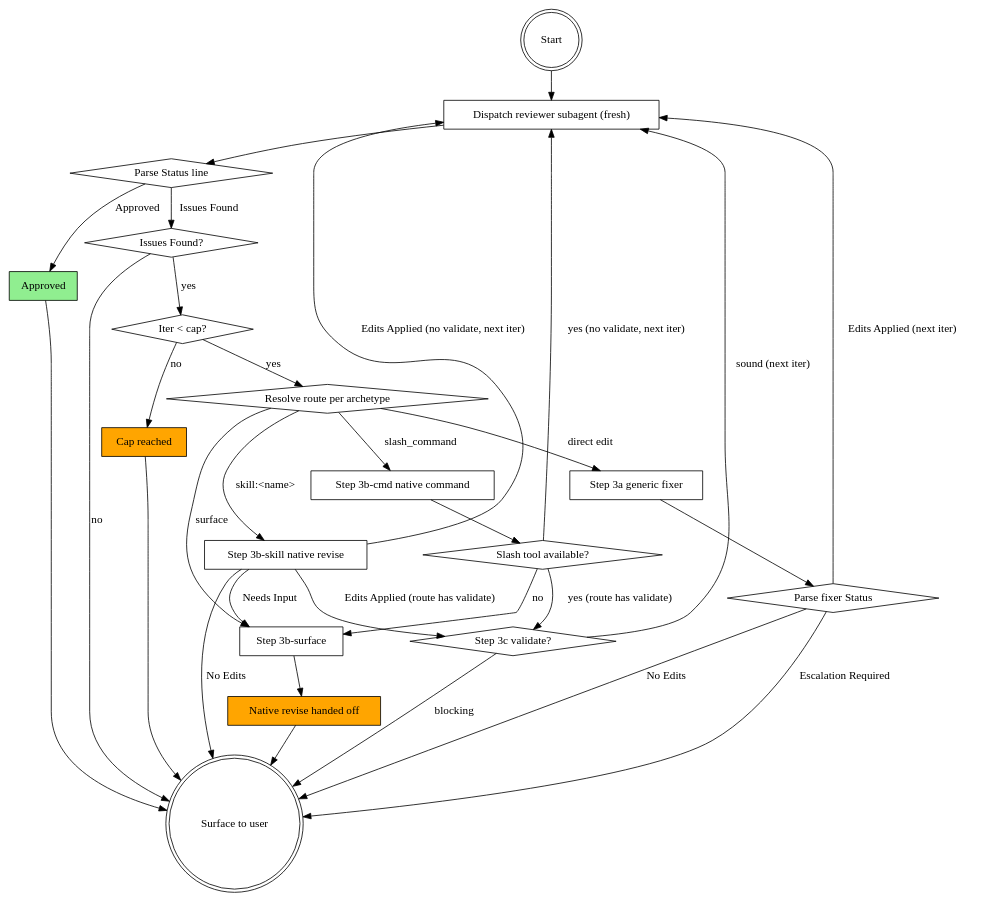
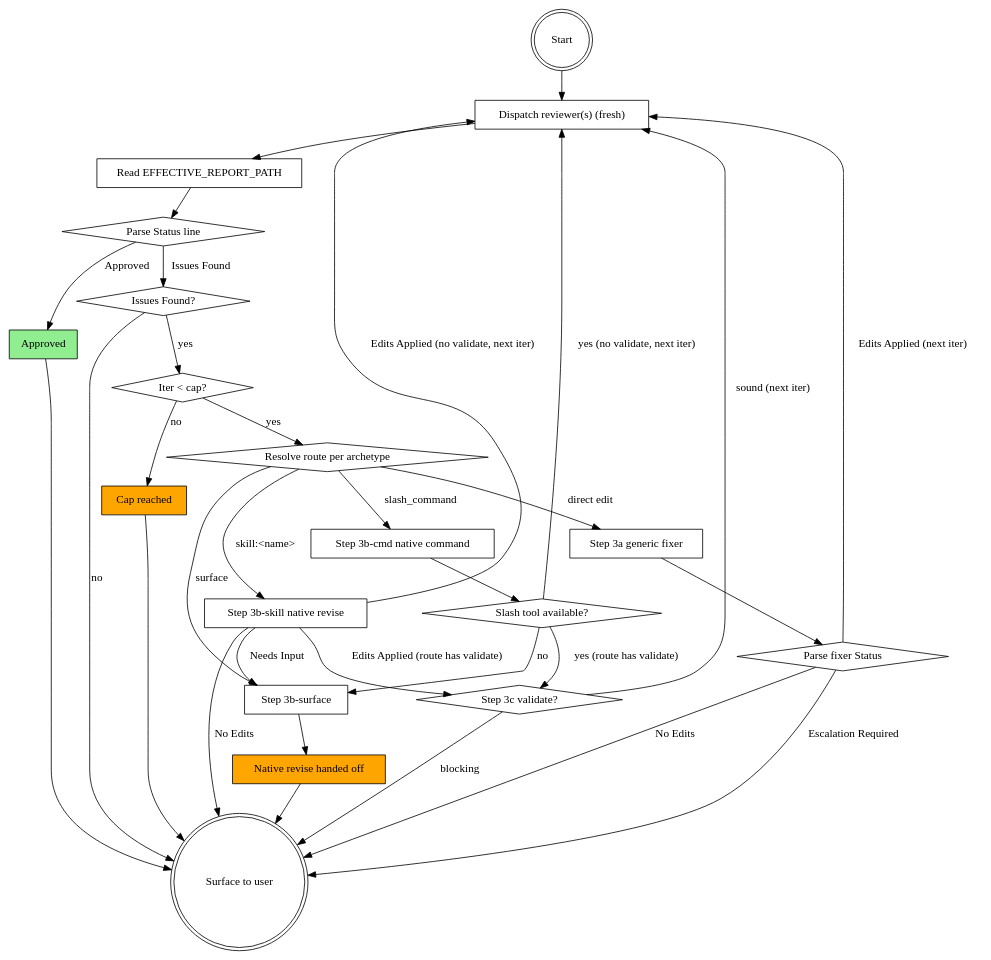
One commit to castocolina/ai-kit changed the diagram in skills/review-spec/SKILL.md. Above: the diagram before and after it, drawn with Graphviz. The commit also changed other lines of this file and 36 other files, not shown here.

First line of the commit message:
feat(review-spec): cross-AI reviewer dispatch, deterministic CLI/model detection, config wizard

````diff
--- a/skills/review-spec/SKILL.md
+++ b/skills/review-spec/SKILL.md
@@ -194,59 +366,61 @@
 ```dot
 digraph review_spec {
     "Start" [shape=doublecircle];
-    "Dispatch reviewer subagent (fresh)" [shape=box];
+    "Dispatch reviewer(s) (fresh)" [shape=box];
+    "Read EFFECTIVE_REPORT_PATH" [shape=box];
     "Parse Status line" [shape=diamond];
     "Approved" [shape=box, style=filled, fillcolor=lightgreen];
     "Issues Found?" [shape=diamond];
     "Iter < cap?" [shape=diamond];
     "Resolve route per archetype" [shape=diamond];
     "Step 3a generic fixer" [shape=box];
     "Parse fixer Status" [shape=diamond];
     "Step 3b-skill native revise" [shape=box];
     "Step 3b-cmd native command" [shape=box];
     "Slash tool available?" [shape=diamond];
     "Step 3b-surface" [shape=box];
     "Native revise handed off" [shape=box, style=filled, fillcolor=orange];
     "Step 3c validate?" [shape=diamond];
     "Cap reached" [shape=box, style=filled, fillcolor=orange];
     "Surface to user" [shape=doublecircle];
 
-    "Start" -> "Dispatch reviewer subagent (fresh)";
-    "Dispatch reviewer subagent (fresh)" -> "Parse Status line";
+    "Start" -> "Dispatch reviewer(s) (fresh)";
+    "Dispatch reviewer(s) (fresh)" -> "Read EFFECTIVE_REPORT_PATH";
+    "Read EFFECTIVE_REPORT_PATH" -> "Parse Status line";
     "Parse Status line" -> "Approved" [label="Approved"];
     "Parse Status line" -> "Issues Found?" [label="Issues Found"];
     "Issues Found?" -> "Iter < cap?" [label="yes"];
     "Issues Found?" -> "Surface to user" [label="no"];
     "Iter < cap?" -> "Resolve route per archetype" [label="yes"];
     "Iter < cap?" -> "Cap reached" [label="no"];
 
     "Resolve route per archetype" -> "Step 3a generic fixer" [label="direct edit"];
     "Resolve route per archetype" -> "Step 3b-skill native revise" [label="skill:<name>"];
     "Resolve route per archetype" -> "Step 3b-cmd native command" [label="slash_command"];
     "Resolve route per archetype" -> "Step 3b-surface" [label="surface"];
 
     "Step 3a generic fixer" -> "Parse fixer Status";
-    "Parse fixer Status" -> "Dispatch reviewer subagent (fresh)" [label="Edits Applied (next iter)"];
+    "Parse fixer Status" -> "Dispatch reviewer(s) (fresh)" [label="Edits Applied (next iter)"];
     "Parse fixer Status" -> "Surface to user" [label="Escalation Required"];
     "Parse fixer Status" -> "Surface to user" [label="No Edits"];
 
     "Step 3b-skill native revise" -> "Step 3c validate?" [label="Edits Applied (route has validate)"];
-    "Step 3b-skill native revise" -> "Dispatch reviewer subagent (fresh)" [label="Edits Applied (no validate, next iter)"];
+    "Step 3b-skill native revise" -> "Dispatch reviewer(s) (fresh)" [label="Edits Applied (no validate, next iter)"];
     "Step 3b-skill native revise" -> "Step 3b-surface" [label="Needs Input"];
     "Step 3b-skill native revise" -> "Surface to user" [label="No Edits"];
 
     "Step 3b-cmd native command" -> "Slash tool available?" ;
     "Slash tool available?" -> "Step 3c validate?" [label="yes (route has validate)"];
-    "Slash tool available?" -> "Dispatch reviewer subagent (fresh)" [label="yes (no validate, next iter)"];
+    "Slash tool available?" -> "Dispatch reviewer(s) (fresh)" [label="yes (no validate, next iter)"];
     "Slash tool available?" -> "Step 3b-surface" [label="no"];
 
-    "Step 3c validate?" -> "Dispatch reviewer subagent (fresh)" [label="sound (next iter)"];
+    "Step 3c validate?" -> "Dispatch reviewer(s) (fresh)" [label="sound (next iter)"];
     "Step 3c validate?" -> "Surface to user" [label="blocking"];
 
     "Step 3b-surface" -> "Native revise handed off";
     "Native revise handed off" -> "Surface to user";
 
     "Approved" -> "Surface to user";
     "Cap reached" -> "Surface to user";
 }
 ```
````
